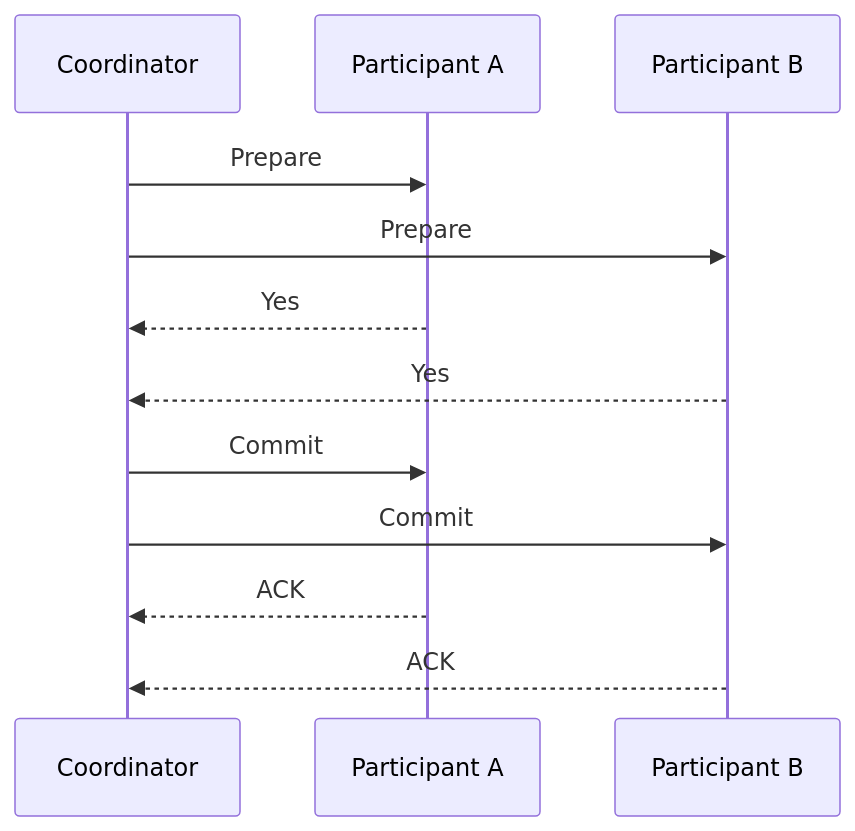
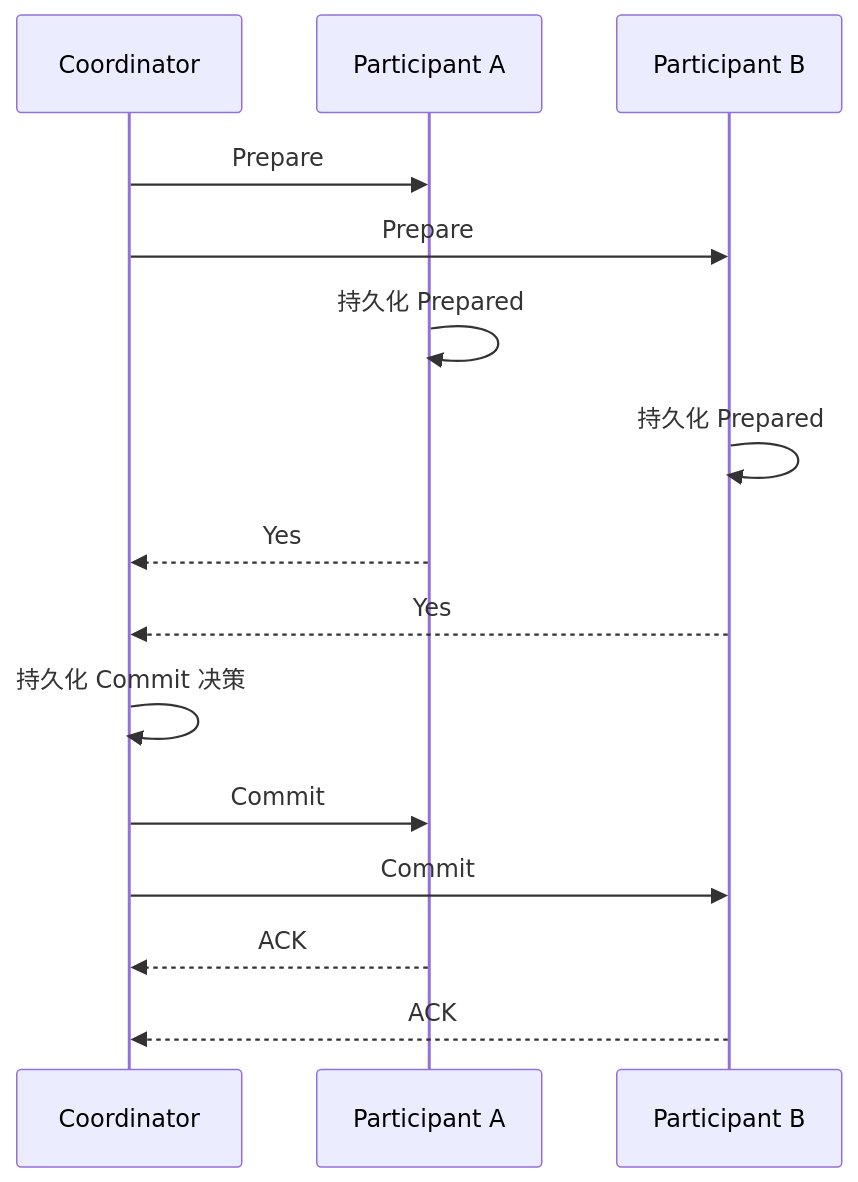
One commit to BryantChang1992/ai_wikis changed the third of 15 diagrams in 知识库/wiki/事务模型深度调研.md. Above: the diagram before and after it, drawn with Mermaid. The commit also changed other lines of this file and 205 other files, not shown here.

Commit message:
Review knowledge evidence, deepen paper notes, and standardize Mermaid diagrams

````diff
--- a/知识库/wiki/事务模型深度调研.md
+++ b/知识库/wiki/事务模型深度调研.md
@@ -254,15 +245,17 @@
 ```mermaid
 sequenceDiagram
     participant C as Coordinator
     participant A as Participant A
     participant B as Participant B
-
     C->>A: Prepare
     C->>B: Prepare
+    A->>A: 持久化 Prepared
+    B->>B: 持久化 Prepared
     A-->>C: Yes
     B-->>C: Yes
+    C->>C: 持久化 Commit 决策
     C->>A: Commit
     C->>B: Commit
     A-->>C: ACK
     B-->>C: ACK
 ```
````
